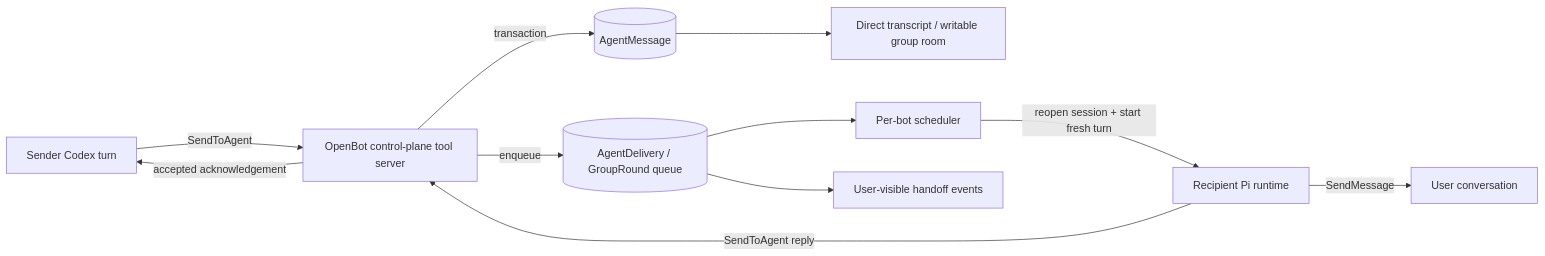
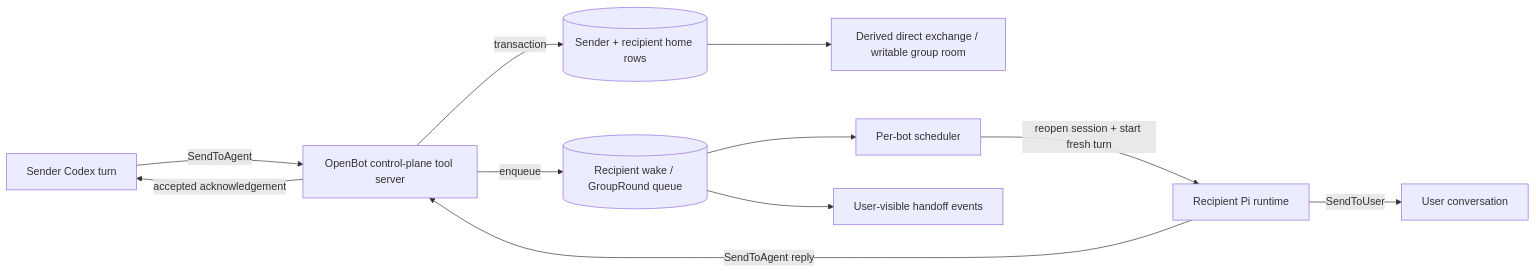
The diagram in plans/12-agent-communication.md (raghavpillai/openteam), drawn with Mermaid before and after one commit. The commit also changed other lines of this file and 91 other files, not shown here.

````diff
--- a/plans/12-agent-communication.md
+++ b/plans/12-agent-communication.md
@@ -172,13 +174,13 @@
 ```mermaid
 flowchart LR
     ST[Sender Codex turn] -->|SendToAgent| CP[OpenBot control-plane tool server]
-    CP -->|transaction| M[(AgentMessage)]
-    CP -->|enqueue| D[(AgentDelivery / GroupRound queue)]
+    CP -->|transaction| M[(Sender + recipient home rows)]
+    CP -->|enqueue| D[(Recipient wake / GroupRound queue)]
     CP -->|accepted acknowledgement| ST
     D --> S[Per-bot scheduler]
     S -->|reopen session + start fresh turn| RT[Recipient Pi runtime]
     RT -->|SendToAgent reply| CP
-    RT -->|SendMessage| U[User conversation]
-    M --> V[Direct transcript / writable group room]
+    RT -->|SendToUser| U[User conversation]
+    M --> V[Derived direct exchange / writable group room]
     D --> E[User-visible handoff events]
 ```
````
